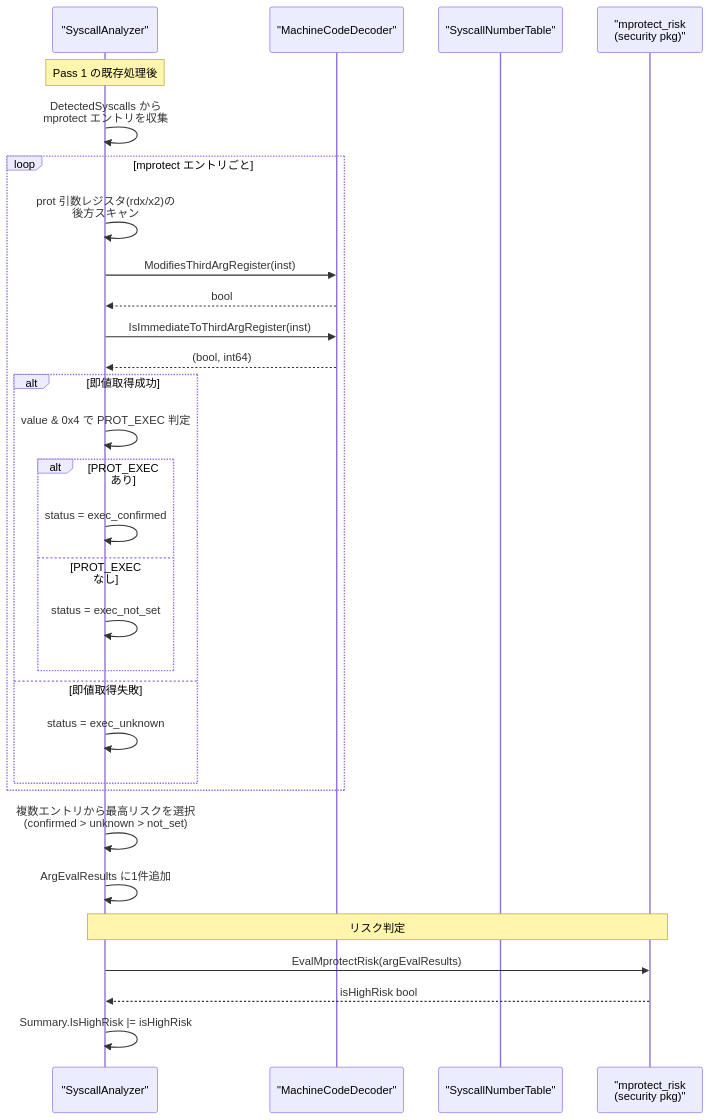
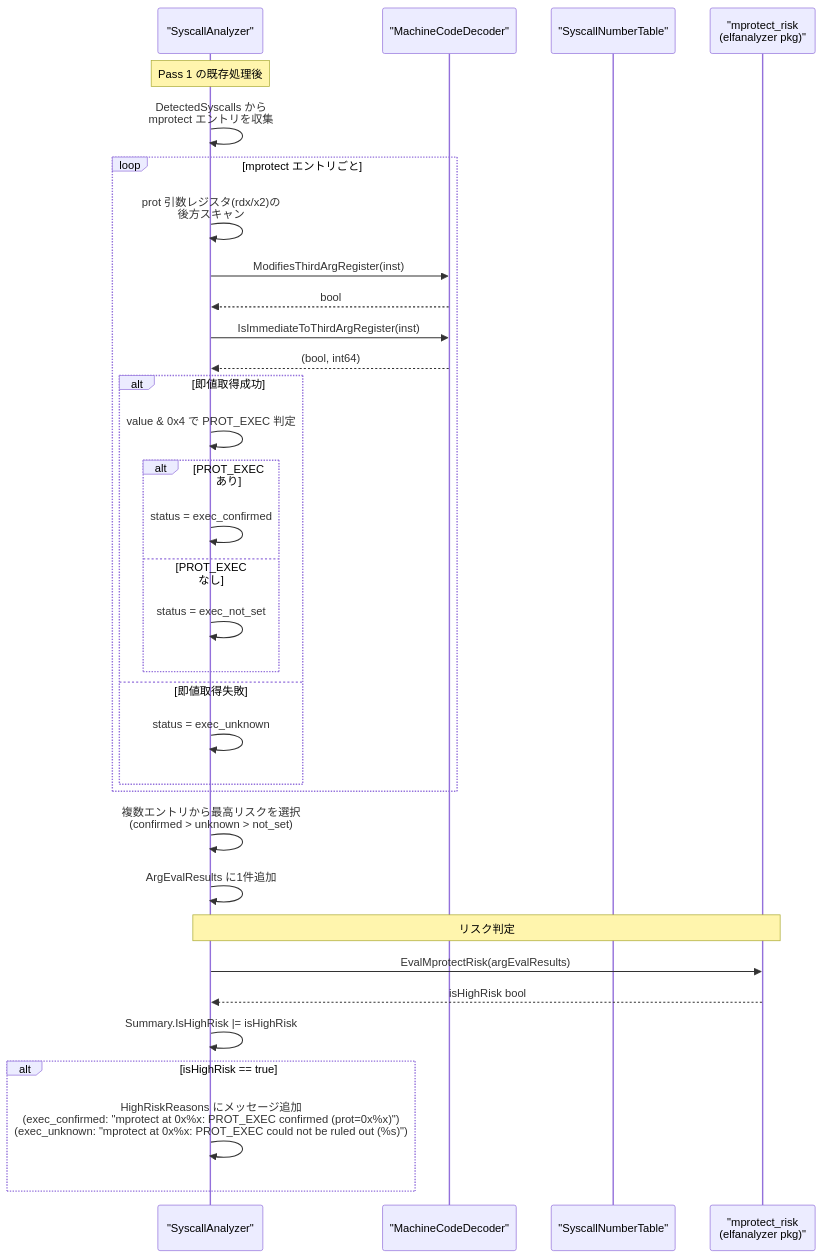
The fifth of 14 diagrams in docs/tasks/0078_mprotect_exec_detection/02_architecture.md (isseis/go-safe-cmd-runner), drawn with Mermaid before and after one commit. The commit also changed other lines of this file, not shown here.

First line of the commit message:
docs: fix import cycle, unify call site, add HighRiskReasons spec

````diff
--- a/docs/tasks/0078_mprotect_exec_detection/02_architecture.md
+++ b/docs/tasks/0078_mprotect_exec_detection/02_architecture.md
@@ -135,37 +130,41 @@
 ```mermaid
 sequenceDiagram
     participant SA as "SyscallAnalyzer"
     participant MD as "MachineCodeDecoder"
     participant ST as "SyscallNumberTable"
-    participant MR as "mprotect_risk<br>(security pkg)"
+    participant MR as "mprotect_risk<br>(elfanalyzer pkg)"
 
     Note over SA: Pass 1 の既存処理後
     SA->>SA: DetectedSyscalls から<br>mprotect エントリを収集
 
     loop mprotect エントリごと
         SA->>SA: prot 引数レジスタ(rdx/x2)の<br>後方スキャン
         SA->>MD: ModifiesThirdArgRegister(inst)
         MD-->>SA: bool
         SA->>MD: IsImmediateToThirdArgRegister(inst)
         MD-->>SA: (bool, int64)
 
         alt 即値取得成功
             SA->>SA: value & 0x4 で PROT_EXEC 判定
             alt PROT_EXEC あり
                 SA->>SA: status = exec_confirmed
             else PROT_EXEC なし
                 SA->>SA: status = exec_not_set
             end
         else 即値取得失敗
             SA->>SA: status = exec_unknown
         end
     end
 
     SA->>SA: 複数エントリから最高リスクを選択<br>(confirmed > unknown > not_set)
     SA->>SA: ArgEvalResults に1件追加
 
     Note over SA,MR: リスク判定
     SA->>MR: EvalMprotectRisk(argEvalResults)
     MR-->>SA: isHighRisk bool
     SA->>SA: Summary.IsHighRisk |= isHighRisk
+
+    alt isHighRisk == true
+        SA->>SA: HighRiskReasons にメッセージ追加<br>(exec_confirmed: "mprotect at 0x%x: PROT_EXEC confirmed (prot=0x%x)")<br>(exec_unknown: "mprotect at 0x%x: PROT_EXEC could not be ruled out (%s)")
+    end
 ```
````
